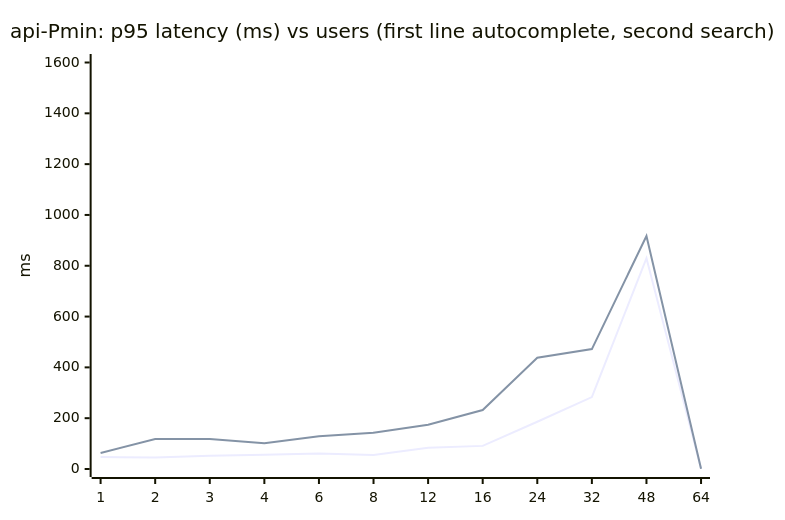
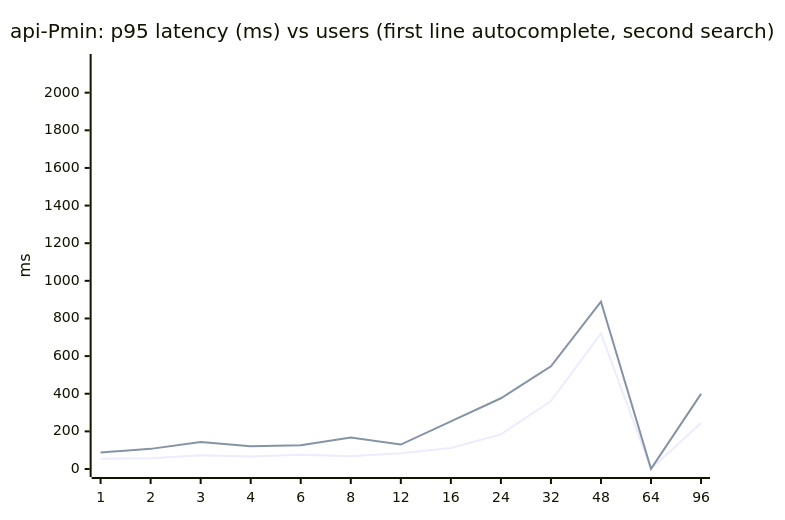
The sixth of 13 diagrams in docs/LOAD_TEST_RESULTS_PGEO.md (johnzastrow/pgeo), drawn with Mermaid before and after one commit. The commit also changed other lines of this file and 3 other files, not shown here.

````diff
--- a/docs/LOAD_TEST_RESULTS_PGEO.md
+++ b/docs/LOAD_TEST_RESULTS_PGEO.md
@@ -190,8 +182,8 @@
 ```mermaid
 xychart-beta
     title "api-Pmin: p95 latency (ms) vs users (first line autocomplete, second search)"
-    x-axis [1, 2, 3, 4, 6, 8, 12, 16, 24, 32, 48, 64]
-    y-axis "ms" 0 --> 1602
-    line [47, 45, 52, 56, 61, 55, 84, 91, 186, 283, 830, 1,269]
-    line [63, 118, 118, 101, 129, 143, 174, 232, 438, 472, 917, 1,456]
+    x-axis [1, 2, 3, 4, 6, 8, 12, 16, 24, 32, 48, 64, 96]
+    y-axis "ms" 0 --> 2163
+    line [55, 57, 73, 66, 76, 68, 84, 112, 184, 361, 720, 1,245, 1,856]
+    line [88, 107, 144, 121, 126, 167, 130, 253, 376, 546, 889, 1,399, 1,967]
 ```
````
